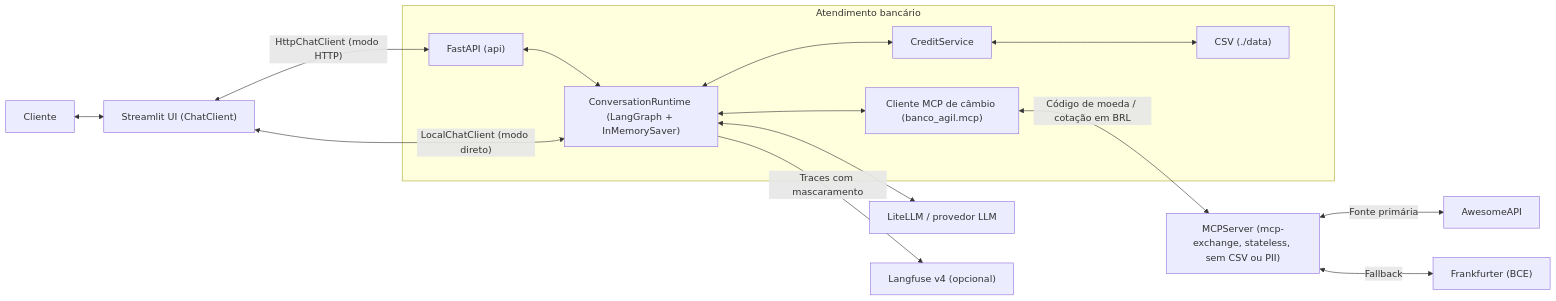
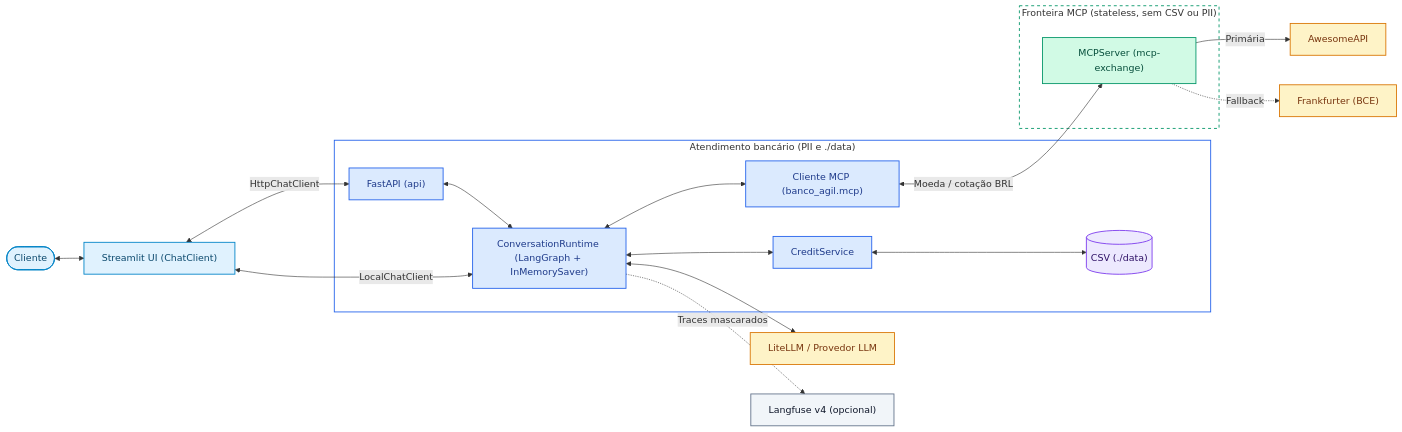
One commit to LucasAlvsz/banco-agil-desafio-tecnico-omie changed the second of 2 diagrams in README.md. Above: the diagram before and after it, drawn with Mermaid. The commit also changed other lines of this file, not shown here.

Commit message:
docs: style and refine architecture Mermaid diagrams

````diff
--- a/README.md
+++ b/README.md
@@ -61,20 +77,42 @@
 ```mermaid
 flowchart LR
-    user["Cliente"] <--> ui["Streamlit UI (ChatClient)"]
+    user(["Cliente"]) <--> ui["Streamlit UI (ChatClient)"]
 
-    subgraph banking["Atendimento bancário"]
+    subgraph banking["Atendimento bancário (PII e ./data)"]
         api["FastAPI (api)"] <--> runtime["ConversationRuntime (LangGraph + InMemorySaver)"]
         runtime <--> credit["CreditService"]
-        credit <--> data["CSV (./data)"]
-        runtime <--> exchange["Cliente MCP de câmbio (banco_agil.mcp)"]
+        credit <--> data[("CSV (./data)")]
+        runtime <--> exchange["Cliente MCP (banco_agil.mcp)"]
     end
 
-    ui <-->|"HttpChatClient (modo HTTP)"| api
-    ui <-->|"LocalChatClient (modo direto)"| runtime
-    exchange <-->|"Código de moeda / cotação em BRL"| mcp["MCPServer (mcp-exchange, stateless, sem CSV ou PII)"]
-    mcp <-->|"Fonte primária"| awesome["AwesomeAPI"]
-    mcp <-->|"Fallback"| bce["Frankfurter (BCE)"]
+    subgraph mcp_zone["Fronteira MCP (stateless, sem CSV ou PII)"]
+        mcp["MCPServer (mcp-exchange)"]
+    end
 
-    runtime <--> llm["LiteLLM / provedor LLM"]
-    runtime -->|"Traces com mascaramento"| langfuse["Langfuse v4 (opcional)"]
+    ui <-->|"HttpChatClient"| api
+    ui <-->|"LocalChatClient"| runtime
+    exchange <-->|"Moeda / cotação BRL"| mcp
+
+    mcp -->|"Primária"| awesome["AwesomeAPI"]
+    mcp -.->|"Fallback"| bce["Frankfurter (BCE)"]
+
+    runtime <--> llm["LiteLLM / Provedor LLM"]
+    runtime -.->|"Traces mascarados"| langfuse["Langfuse v4 (opcional)"]
+
+    classDef client fill:#e0f2fe,stroke:#0284c7,stroke-width:1.5px,color:#0c4a6e
+    classDef core fill:#dbeafe,stroke:#2563eb,stroke-width:1.5px,color:#1e3a8a
+    classDef storage fill:#ede9fe,stroke:#7c3aed,stroke-width:1.5px,color:#2e1065
+    classDef mcpStyle fill:#d1fae5,stroke:#059669,stroke-width:1.5px,color:#064e3b
+    classDef external fill:#fef3c7,stroke:#d97706,stroke-width:1.5px,color:#78350f
+    classDef obs fill:#f1f5f9,stroke:#64748b,stroke-width:1.5px,color:#0f172a
+
+    class user,ui client
+    class api,runtime,credit,exchange core
+    class data storage
+    class mcp mcpStyle
+    class awesome,bce,llm external
+    class langfuse obs
+
+    style banking fill:none,stroke:#2563eb,stroke-width:1.5px
+    style mcp_zone fill:none,stroke:#059669,stroke-width:1.5px,stroke-dasharray: 5 5
 ```
````
